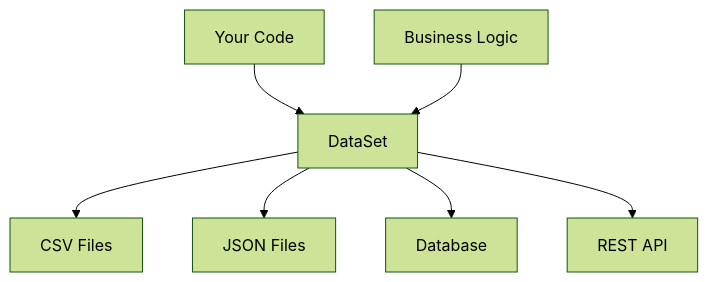
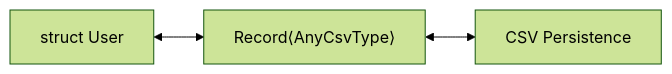
One commit to romaninsh/vantage-web changed the diagram in content/patterns/dataset.md. Above: the diagram before and after it, drawn with Mermaid (forest theme). The commit also changed other lines of this file, not shown here.

```diff
--- a/content/patterns/dataset.md
+++ b/content/patterns/dataset.md
@@ -224,9 +230,4 @@
 <div class="mermaid">
-graph TB
-    A[Your Code] --> C[DataSet]
-    B[Business Logic] --> C
-    C --> D[CSV Files]
-    C --> E[JSON Files]
-    C --> F[Database]
-    C --> G[REST API]
+graph LR
+    A[struct User] <--> B[Record⟨AnyCsvType⟩] <--> C[CSV Persistence]
 </div>
```
